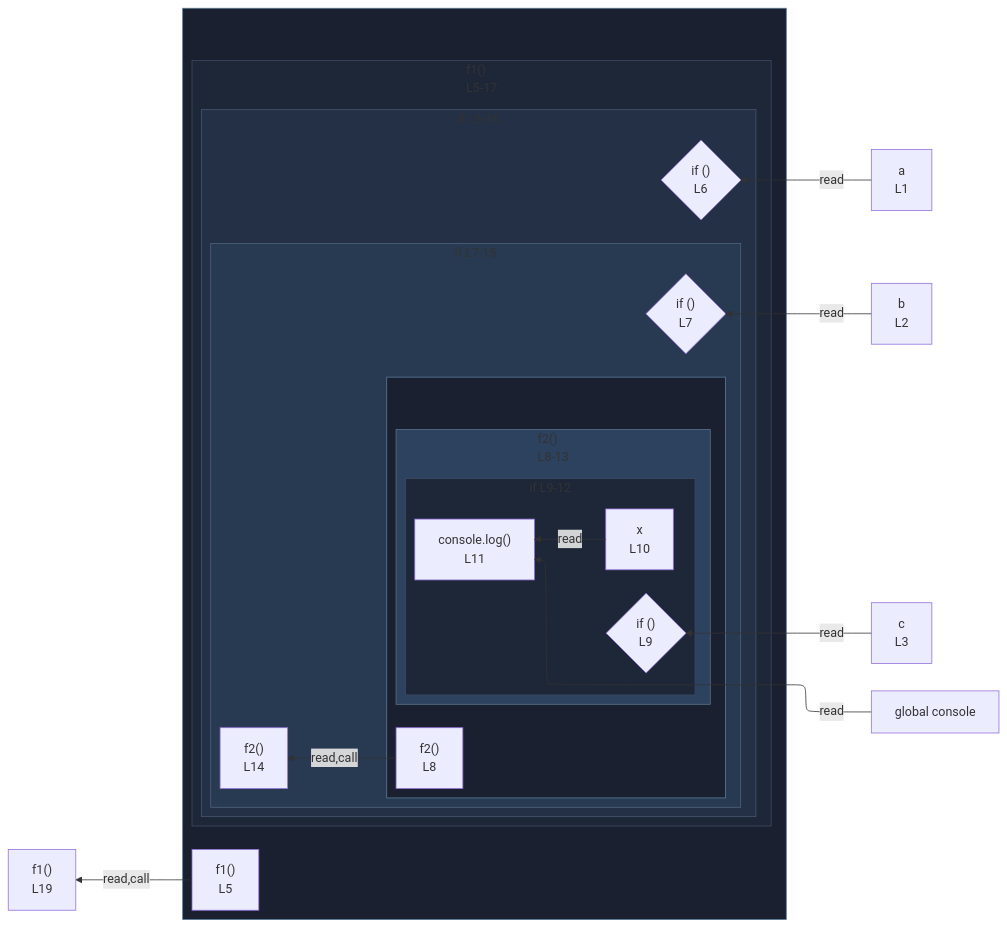
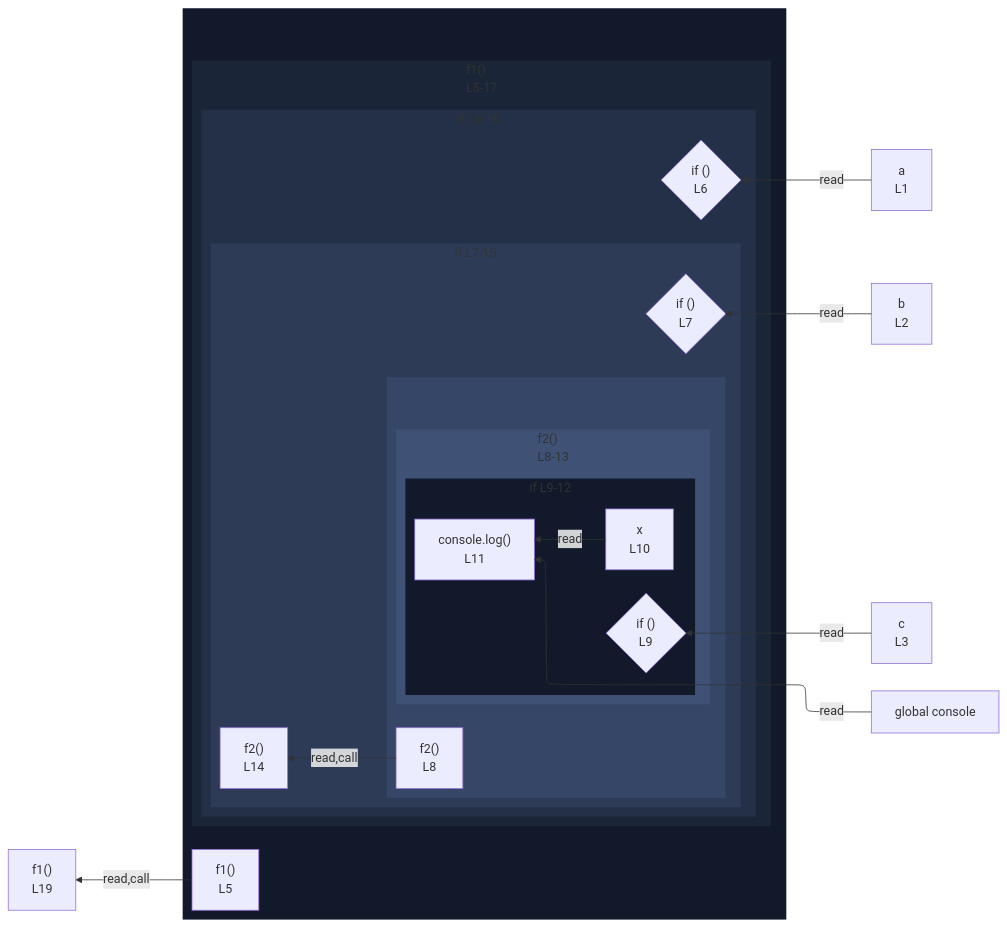
The diagram in integration/fixtures/app-behavior/depth/function-and-block/preview.md (crescware/unsnarl), drawn with Mermaid before and after one commit. The commit also changed 263 other files, not shown here.

First line of the commit message:
Drop fnWrap class and color function wrappers via the nest palette

````diff
--- a/integration/fixtures/app-behavior/depth/function-and-block/preview.md
+++ b/integration/fixtures/app-behavior/depth/function-and-block/preview.md
@@ -29,57 +29,58 @@
 ```mermaid
 %%{init: {"flowchart": {"defaultRenderer": "elk"}}}%%
 flowchart RL
   n_scope_0_a_6["a<br/>L1"]
   n_scope_0_b_22["b<br/>L2"]
   n_scope_0_c_38["c<br/>L3"]
   n_scope_0_console_161["global console"]
   subgraph wrap_s_scope_1[" "]
     direction TB
     n_scope_0_f1_58["f1()<br/>L5"]
     subgraph s_scope_1["f1()<br/>L5-17"]
       direction RL
       subgraph s_scope_2["if L6-16"]
         direction RL
         if_test_scope_1_67{"if ()<br/>L6"}
         subgraph s_scope_3["if L7-15"]
           direction RL
           if_test_scope_2_80{"if ()<br/>L7"}
           expr_stmt_201["f2()<br/>L14"]
           subgraph wrap_s_scope_4[" "]
             direction TB
             n_scope_3_f2_104["f2()<br/>L8"]
             subgraph s_scope_4["f2()<br/>L8-13"]
               direction RL
               subgraph s_scope_5["if L9-12"]
                 direction RL
                 if_test_scope_4_119{"if ()<br/>L9"}
                 n_scope_5_x_144["x<br/>L10"]
                 expr_stmt_161["console.log()<br/>L11"]
               end
             end
           end
         end
       end
     end
   end
   n_scope_0_a_6 -->|read| if_test_scope_1_67
   n_scope_0_b_22 -->|read| if_test_scope_2_80
   n_scope_0_c_38 -->|read| if_test_scope_4_119
   n_scope_0_console_161 -->|read| expr_stmt_161
   n_scope_5_x_144 -->|read| expr_stmt_161
   n_scope_3_f2_104 -->|read,call| expr_stmt_201
   n_scope_0_f1_58 -->|read,call| expr_stmt_220
   expr_stmt_220["f1()<br/>L19"]
-  classDef fnWrap fill:#1a2030,stroke:#5a7d99;
-  class wrap_s_scope_1 fnWrap;
-  class wrap_s_scope_4 fnWrap;
-  classDef nestL1 fill:#1e2738,stroke:#3d4a63;
-  class s_scope_1 nestL1;
+  classDef nestL1 fill:#11192a,stroke:transparent;
+  class wrap_s_scope_1 nestL1;
   class s_scope_5 nestL1;
-  classDef nestL2 fill:#233045,stroke:#475670;
-  class s_scope_2 nestL2;
-  classDef nestL3 fill:#283952,stroke:#51637d;
-  class s_scope_3 nestL3;
-  classDef nestL4 fill:#2d425f,stroke:#5b708a;
-  class s_scope_4 nestL4;
+  classDef nestL2 fill:#1a2538,stroke:transparent;
+  class s_scope_1 nestL2;
+  classDef nestL3 fill:#243047,stroke:transparent;
+  class s_scope_2 nestL3;
+  classDef nestL4 fill:#2d3b57,stroke:transparent;
+  class s_scope_3 nestL4;
+  classDef nestL5 fill:#364666,stroke:transparent;
+  class wrap_s_scope_4 nestL5;
+  classDef nestL6 fill:#3f5175,stroke:transparent;
+  class s_scope_4 nestL6;
 ```
````
